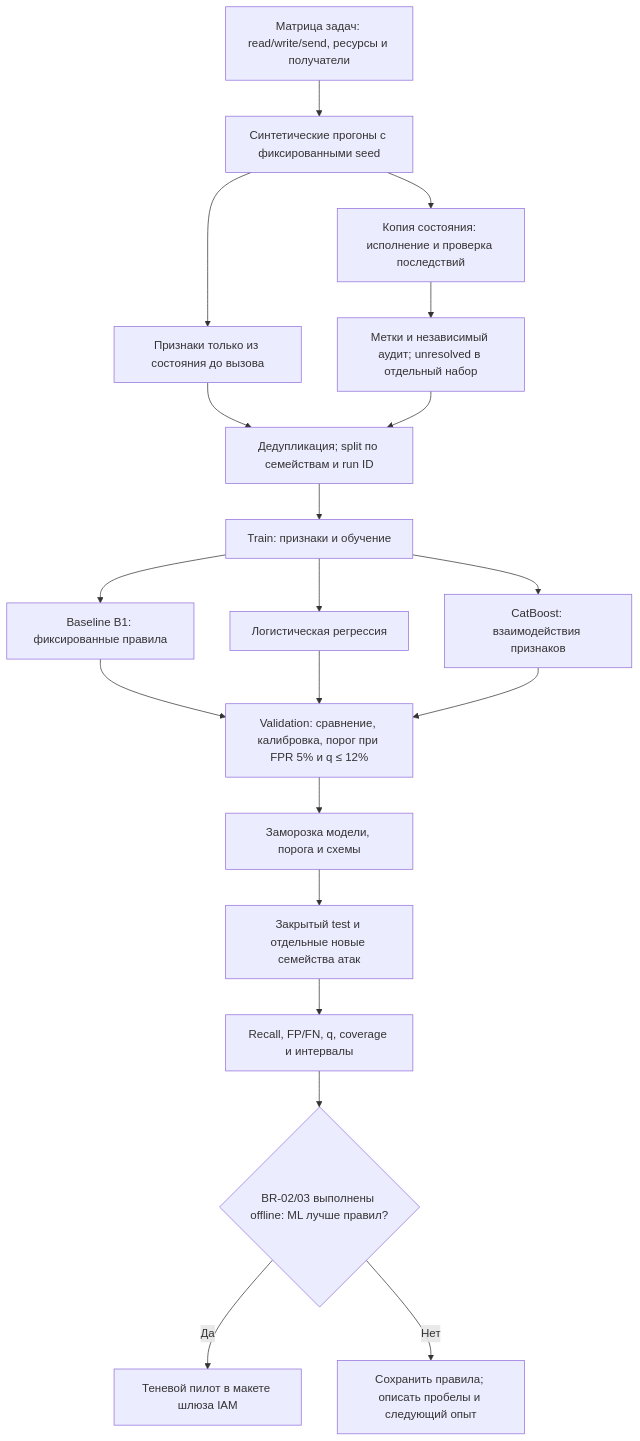
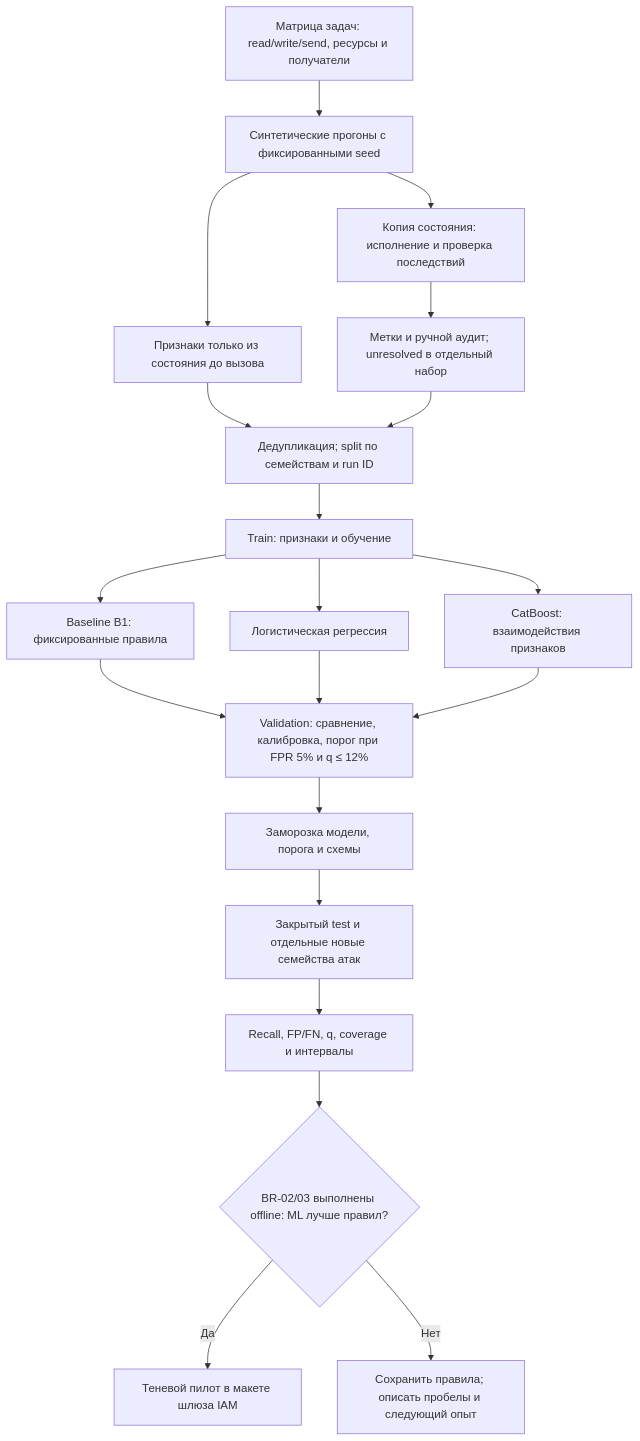
The first of 2 diagrams in docs/ml_system_design_doc.md (burdygin/itmo-mlsd-agent-risk), drawn with Mermaid before and after one commit. The commit also changed other lines of this file and 2 other files, not shown here.

````diff
--- a/docs/ml_system_design_doc.md
+++ b/docs/ml_system_design_doc.md
@@ -293,22 +334,22 @@
 ```mermaid
 flowchart TD
     S[Матрица задач: read/write/send, ресурсы и получатели] --> G[Синтетические прогоны с фиксированными seed]
     G --> X[Признаки только из состояния до вызова]
     G --> O[Копия состояния: исполнение и проверка последствий]
-    O --> Y[Метки и независимый аудит; unresolved в отдельный набор]
+    O --> Y[Метки и ручной аудит; unresolved в отдельный набор]
     X --> D[Дедупликация; split по семействам и run ID]
     Y --> D
     D --> T[Train: признаки и обучение]
     T --> B[Baseline B1: фиксированные правила]
     T --> L[Логистическая регрессия]
     T --> C[CatBoost: взаимодействия признаков]
     B --> V[Validation: сравнение, калибровка, порог при FPR 5% и q ≤ 12%]
     L --> V
     C --> V
     V --> F[Заморозка модели, порога и схемы]
     F --> E[Закрытый test и отдельные новые семейства атак]
     E --> R[Recall, FP/FN, q, coverage и интервалы]
     R --> Q{BR-02/03 выполнены offline: ML лучше правил?}
     Q -->|Да| P[Теневой пилот в макете шлюза IAM]
     Q -->|Нет| N[Сохранить правила; описать пробелы и следующий опыт]
 ```
````
